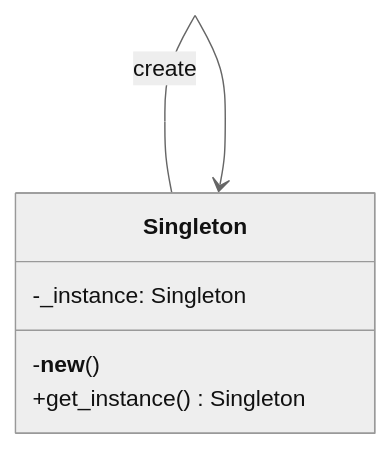
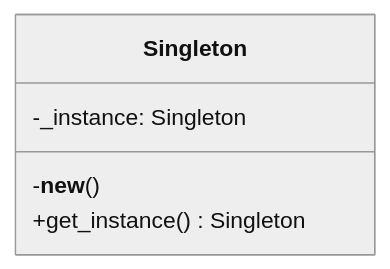
The diagram in src/singleton/gof/UML.md (tiaz0128/design-pattern-in-python), drawn with Mermaid (neutral theme) before and after one commit. The commit also changed 6 other files, not shown here.

````diff
--- a/src/singleton/gof/UML.md
+++ b/src/singleton/gof/UML.md
@@ -3,13 +3,11 @@
 ```mermaid
 classDiagram
     direction BT
 
     class Singleton{
         -_instance: Singleton
 
         -__new__()
         +get_instance() Singleton
     }
-
-    Singleton --> Singleton : create
 ```
````
